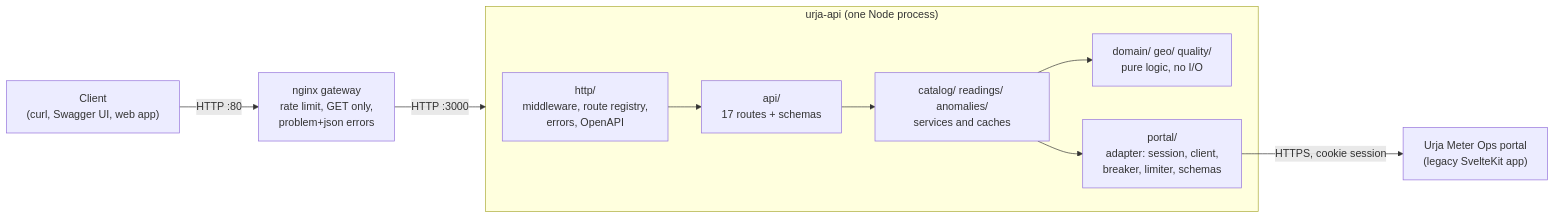
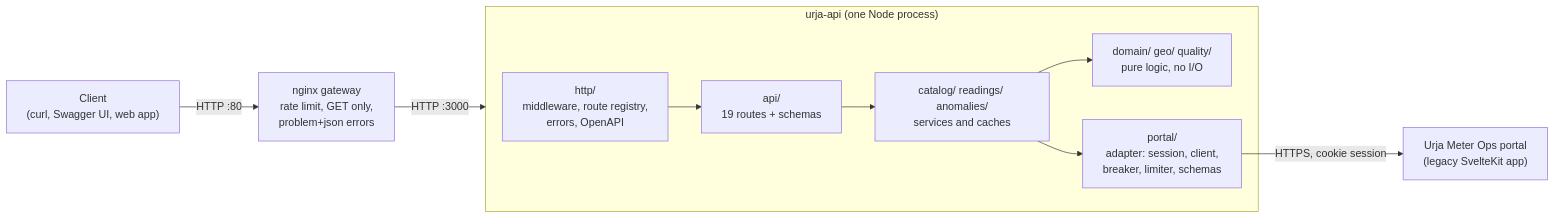
Before and after one commit to Sameer-choudhary-git/urja-api: the first of 4 diagrams in docs/ARCHITECTURE.md, drawn with Mermaid. The commit also changed 10 other files, not shown here.

````diff
--- a/docs/ARCHITECTURE.md
+++ b/docs/ARCHITECTURE.md
@@ -9,17 +9,17 @@
 ```mermaid
 flowchart LR
   client["Client<br/>(curl, Swagger UI, web app)"] -->|HTTP :80| nginx["nginx gateway<br/>rate limit, GET only,<br/>problem+json errors"]
   nginx -->|HTTP :3000| api
 
   subgraph api["urja-api (one Node process)"]
     http["http/<br/>middleware, route registry,<br/>errors, OpenAPI"]
-    routes["api/<br/>17 routes + schemas"]
+    routes["api/<br/>19 routes + schemas"]
     services["catalog/ readings/ anomalies/<br/>services and caches"]
     domain["domain/ geo/ quality/<br/>pure logic, no I/O"]
     portal["portal/<br/>adapter: session, client,<br/>breaker, limiter, schemas"]
     http --> routes --> services --> domain
     services --> portal
   end
 
   portal -->|HTTPS, cookie session| urja["Urja Meter Ops portal<br/>(legacy SvelteKit app)"]
 ```
````
